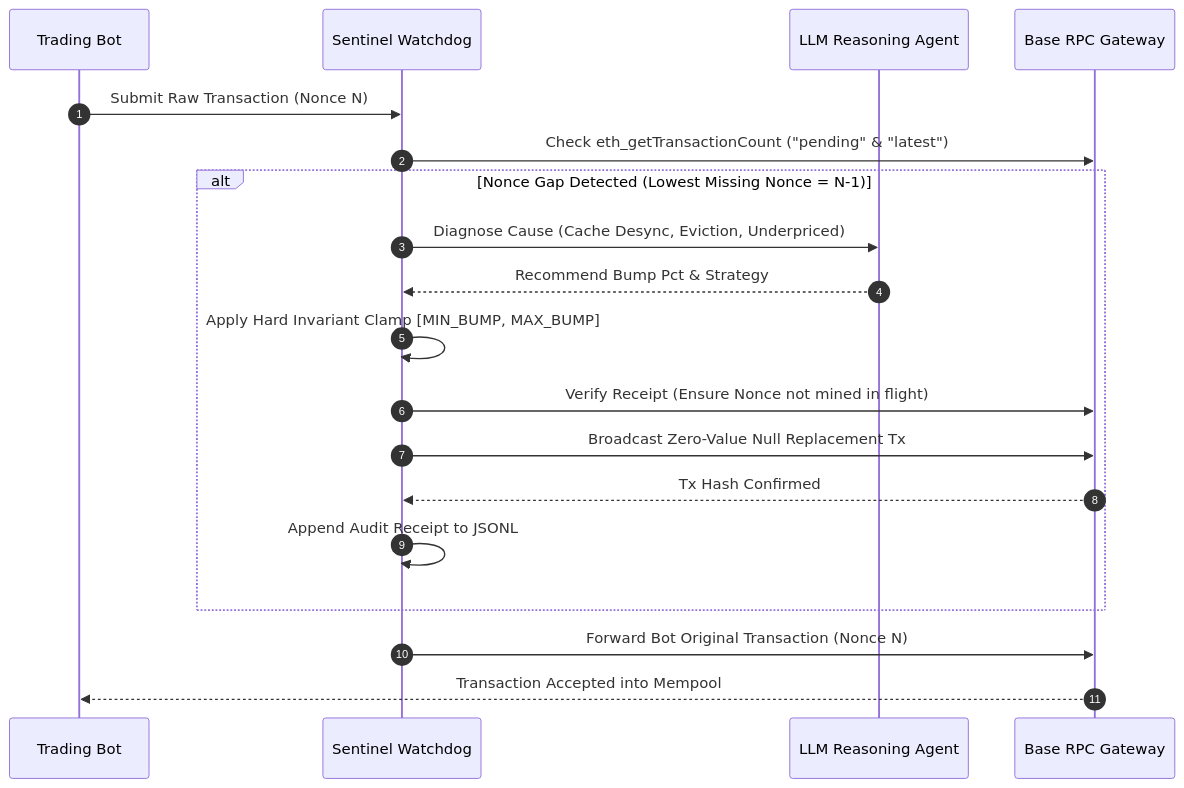
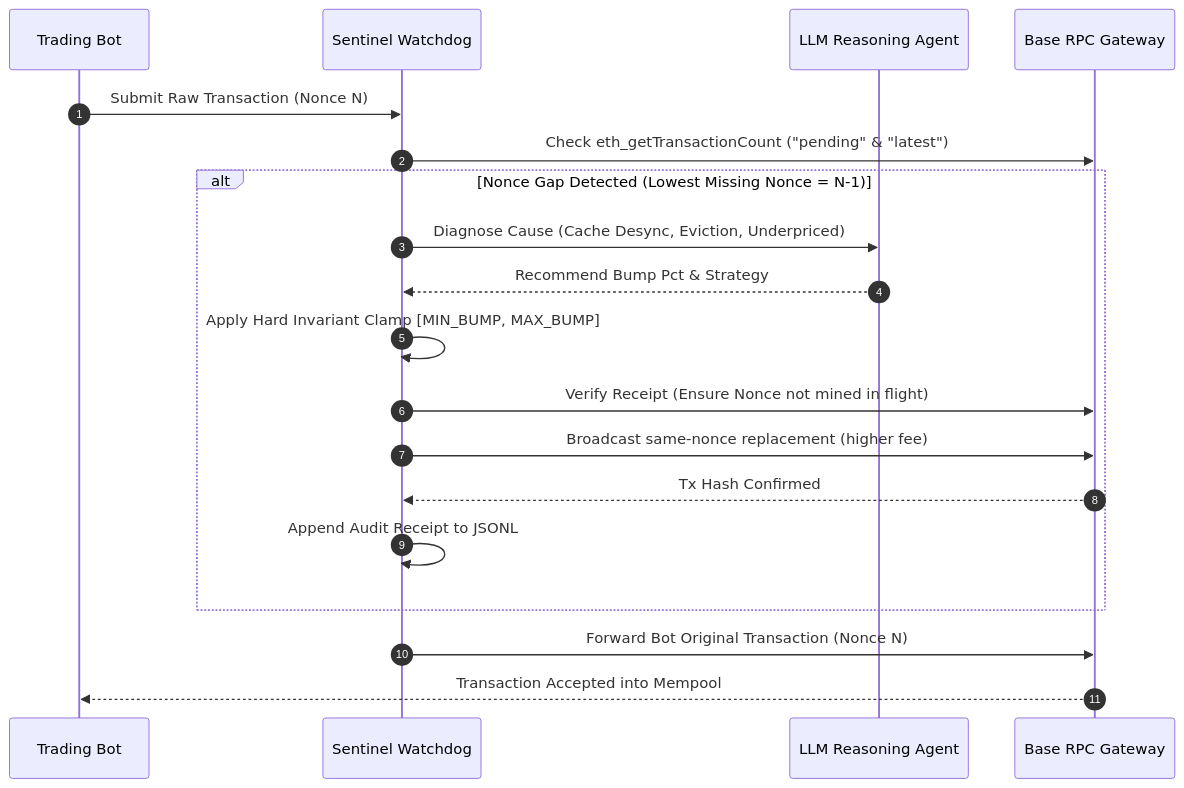
One commit to midexol/Sentinel changed the second of 3 diagrams in README.md. Above: the diagram before and after it, drawn with Mermaid. The commit also changed other lines of this file and 27 other files, not shown here.

````diff
--- a/README.md
+++ b/README.md
@@ -119,22 +123,22 @@
 ```mermaid
 sequenceDiagram
     autonumber
     participant Bot as Trading Bot
     participant Sentinel as Sentinel Watchdog
     participant AI as LLM Reasoning Agent
     participant Base as Base RPC Gateway
 
     Bot->>Sentinel: Submit Raw Transaction (Nonce N)
     Sentinel->>Base: Check eth_getTransactionCount ("pending" & "latest")
     alt Nonce Gap Detected (Lowest Missing Nonce = N-1)
         Sentinel->>AI: Diagnose Cause (Cache Desync, Eviction, Underpriced)
         AI-->>Sentinel: Recommend Bump Pct & Strategy
         Sentinel->>Sentinel: Apply Hard Invariant Clamp [MIN_BUMP, MAX_BUMP]
         Sentinel->>Base: Verify Receipt (Ensure Nonce not mined in flight)
-        Sentinel->>Base: Broadcast Zero-Value Null Replacement Tx
+        Sentinel->>Base: Broadcast same-nonce replacement (higher fee)
         Base-->>Sentinel: Tx Hash Confirmed
         Sentinel->>Sentinel: Append Audit Receipt to JSONL
     end
     Sentinel->>Base: Forward Bot Original Transaction (Nonce N)
     Base-->>Bot: Transaction Accepted into Mempool
 ```
````
